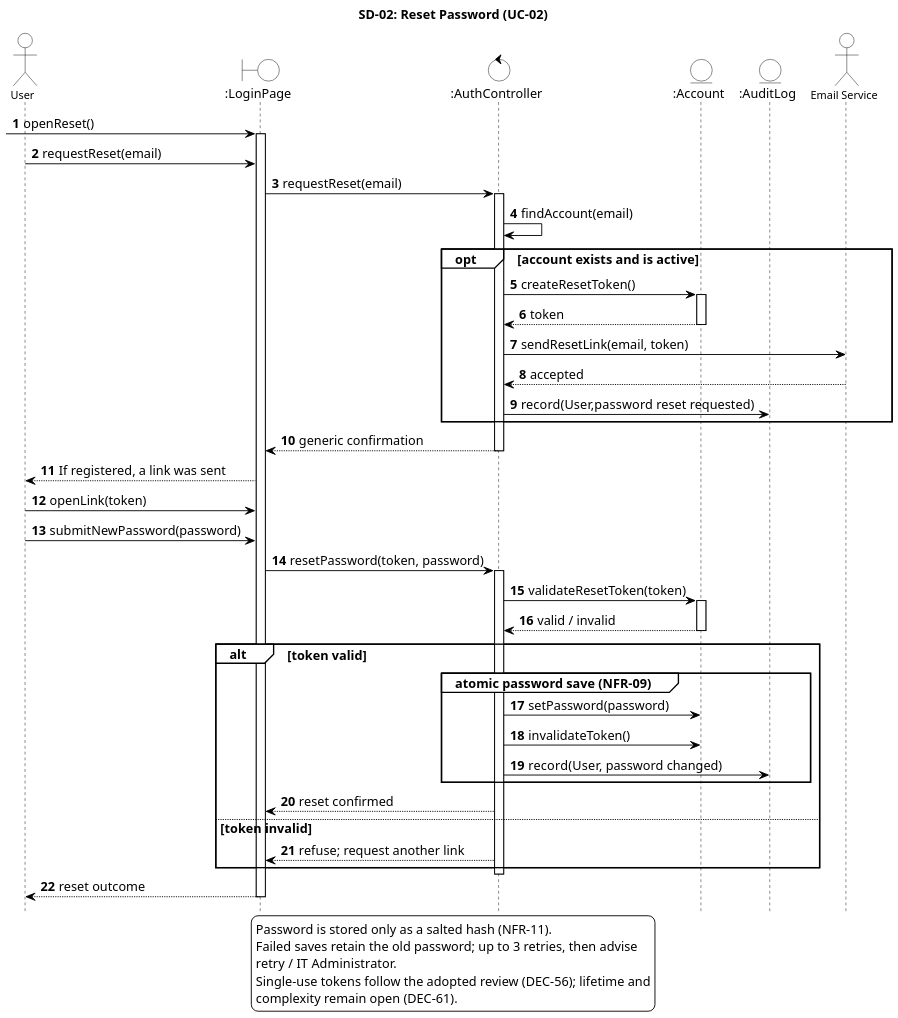
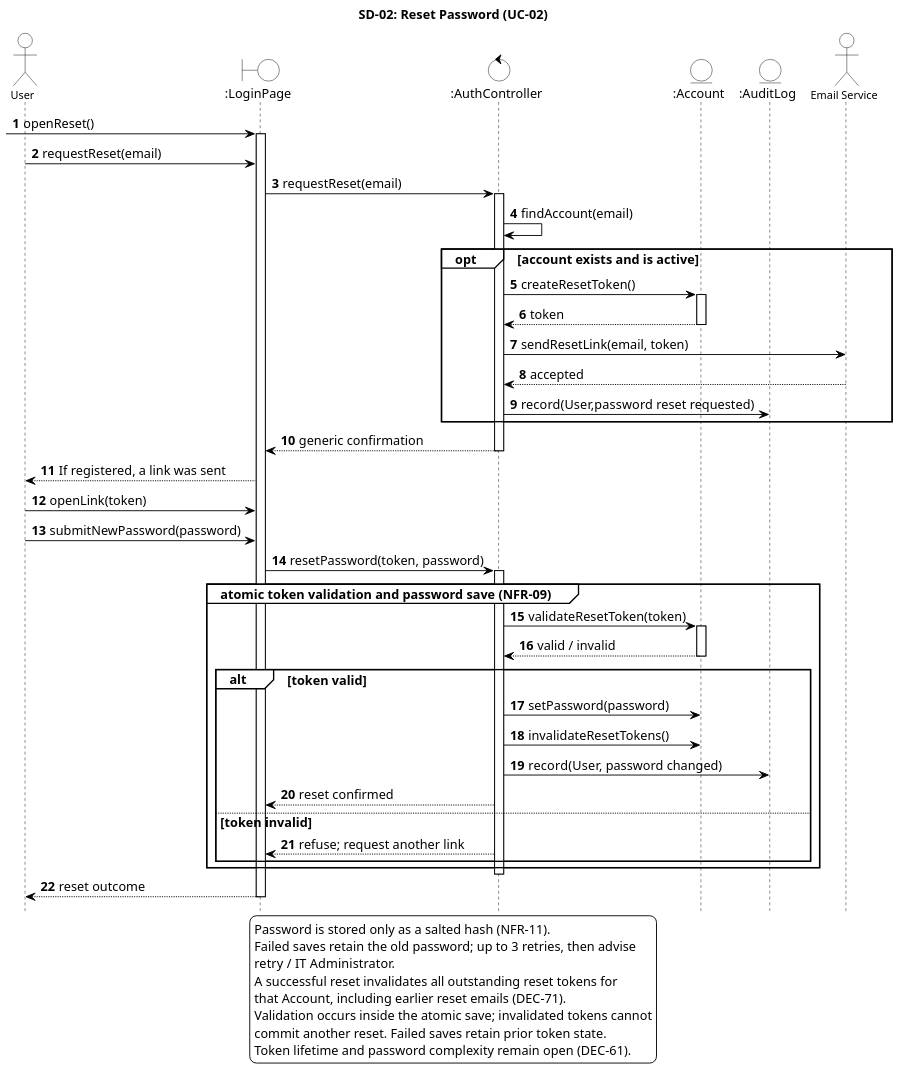
One commit to ZadeNova/inf2001-SE changed the diagram in diagrams/SD-02-reset-password.puml. Above: the diagram before and after it, drawn with PlantUML. The commit also changed 23 other files, not shown here.

Commit message:
Align Technician findings and strengthen password reset handling

```diff
--- a/diagrams/SD-02-reset-password.puml
+++ b/diagrams/SD-02-reset-password.puml
@@ -1,82 +1,86 @@
 @startuml SD-02-reset-password
 skinparam backgroundColor white
 skinparam shadowing false
 skinparam defaultFontName Arial
 skinparam defaultFontSize 14
 skinparam ArrowColor black
 skinparam ParticipantBackgroundColor white
 skinparam ParticipantBorderColor black
 skinparam ActorBackgroundColor white
 skinparam ActorBorderColor black
 skinparam BoundaryBackgroundColor white
 skinparam BoundaryBorderColor black
 skinparam ControlBackgroundColor white
 skinparam ControlBorderColor black
 skinparam EntityBackgroundColor white
 skinparam EntityBorderColor black
 skinparam SequenceLifeLineBorderColor black
 skinparam SequenceGroupBorderColor black
 skinparam SequenceGroupBackgroundColor white
 skinparam SequenceReferenceBackgroundColor white
 skinparam SequenceReferenceBorderColor black
 skinparam NoteBackgroundColor white
 skinparam NoteBorderColor black
 skinparam dpi 150
 hide footbox
 skinparam maxMessageSize 300
 skinparam wrapWidth 300
 skinparam sequenceParticipantFontSize 12
 skinparam sequenceActorFontSize 12
 autonumber
 title SD-02: Reset Password (UC-02)
 ' Traces: UC-02; FR-06, FR-66; NFR-09, NFR-11
+' Current reset-token policy: DEC-71; member-approved UC-02 review.
 ' Round-2 detail sources: DEC-61.
 ' Sources: DEC-17; DEC-55, DEC-56; sequence-diagram-review.md.
 ' Round-2 source: DEC-58; sequence-diagram-review-round-2.md.
 actor User
 boundary ":LoginPage" as LP
 control ":AuthController" as AC
 entity ":Account" as ACC
 entity ":AuditLog" as AL
 actor "Email Service" as ES
 
 [-> LP : openReset()
 activate LP
 User -> LP : requestReset(email)
 LP -> AC ++ : requestReset(email)
 AC -> AC : findAccount(email)
 opt account exists and is active
   AC -> ACC ++ : createResetToken()
   ACC --> AC -- : token
   AC -> ES : sendResetLink(email, token)
   ES --> AC : accepted
   AC -> AL : record(User,password reset requested)
 end
 AC --> LP -- : generic confirmation
 LP --> User : If registered, a link was sent
 User -> LP : openLink(token)
 User -> LP : submitNewPassword(password)
 LP -> AC ++ : resetPassword(token, password)
+group atomic token validation and password save (NFR-09)
 AC -> ACC ++ : validateResetToken(token)
 ACC --> AC -- : valid / invalid
 alt token valid
-  group atomic password save (NFR-09)
-    AC -> ACC : setPassword(password)
-    AC -> ACC : invalidateToken()
-    AC -> AL : record(User, password changed)
-  end
+  AC -> ACC : setPassword(password)
+  AC -> ACC : invalidateResetTokens()
+  AC -> AL : record(User, password changed)
   AC --> LP : reset confirmed
 else token invalid
   AC --> LP : refuse; request another link
+end
 end
 deactivate AC
 LP --> User : reset outcome
 deactivate LP
 legend bottom
 Password is stored only as a salted hash (NFR-11).
 Failed saves retain the old password; up to 3 retries, then advise
 retry / IT Administrator.
-Single-use tokens follow the adopted review (DEC-56); lifetime and
-complexity remain open (DEC-61).
+A successful reset invalidates all outstanding reset tokens for
+that Account, including earlier reset emails (DEC-71).
+Validation occurs inside the atomic save; invalidated tokens cannot
+commit another reset. Failed saves retain prior token state.
+Token lifetime and password complexity remain open (DEC-61).
 endlegend
 @enduml
```
